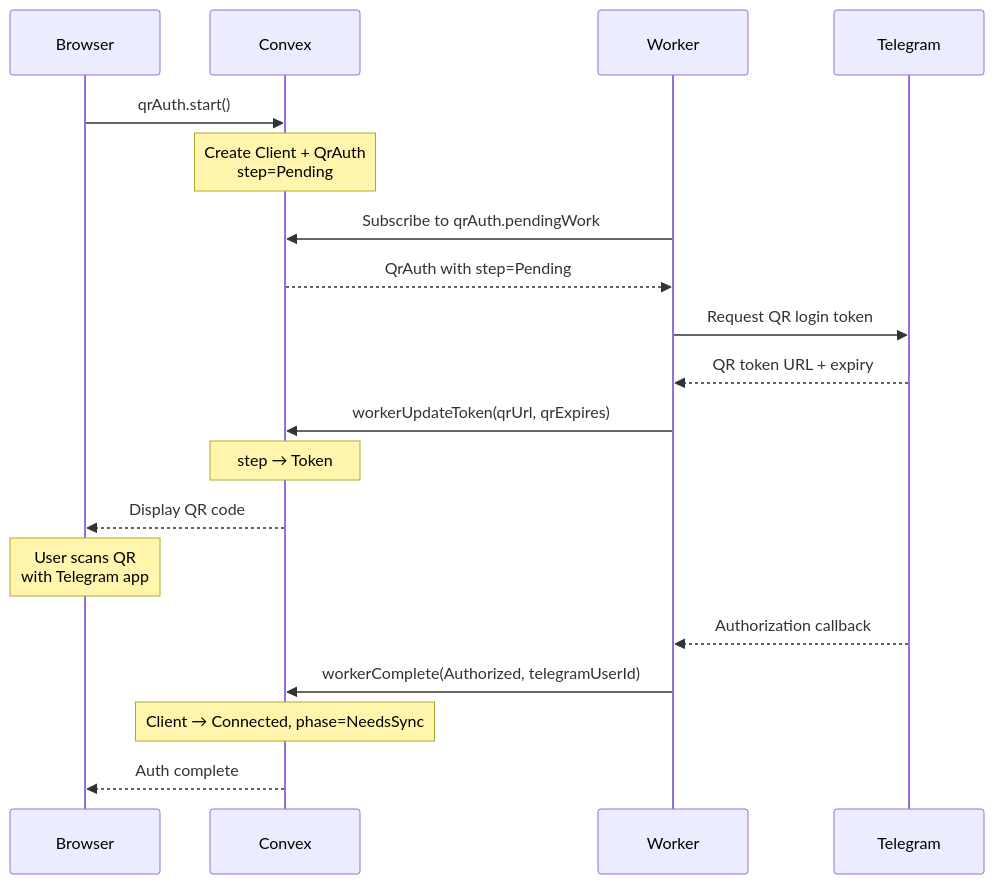
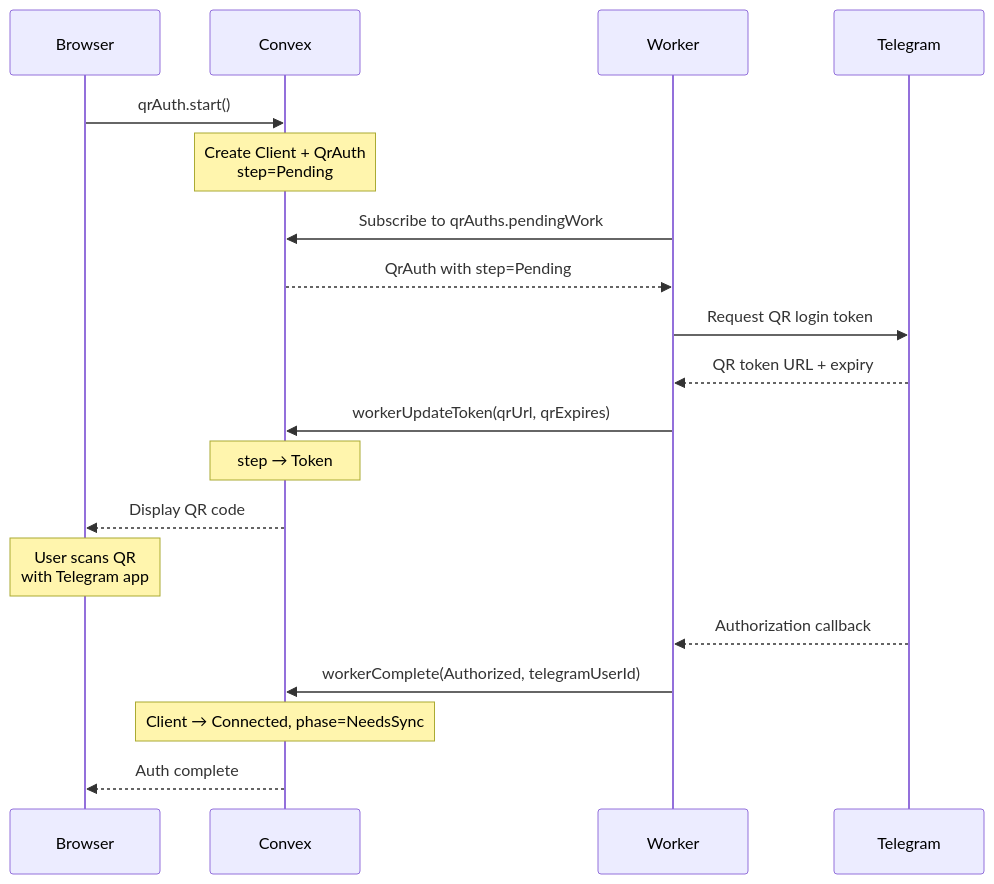
The fifth of 8 diagrams in docs/ARCHITECTURE.md (nickcomua/crm-chat), drawn with Mermaid before and after one commit. The commit also changed other lines of this file and 5 other files, not shown here.

````diff
--- a/docs/ARCHITECTURE.md
+++ b/docs/ARCHITECTURE.md
@@ -230,27 +230,27 @@
 ```mermaid
 sequenceDiagram
     participant UI as Browser
     participant C as Convex
     participant W as Worker
     participant TG as Telegram
 
     UI->>C: qrAuth.start()
     Note over C: Create Client + QrAuth<br/>step=Pending
 
-    W->>C: Subscribe to qrAuth.pendingWork
+    W->>C: Subscribe to qrAuths.pendingWork
     C-->>W: QrAuth with step=Pending
 
     W->>TG: Request QR login token
     TG-->>W: QR token URL + expiry
 
     W->>C: workerUpdateToken(qrUrl, qrExpires)
     Note over C: step → Token
     C-->>UI: Display QR code
 
     Note over UI: User scans QR<br/>with Telegram app
 
     TG-->>W: Authorization callback
     W->>C: workerComplete(Authorized, telegramUserId)
     Note over C: Client → Connected, phase=NeedsSync
     C-->>UI: Auth complete
 ```
````
